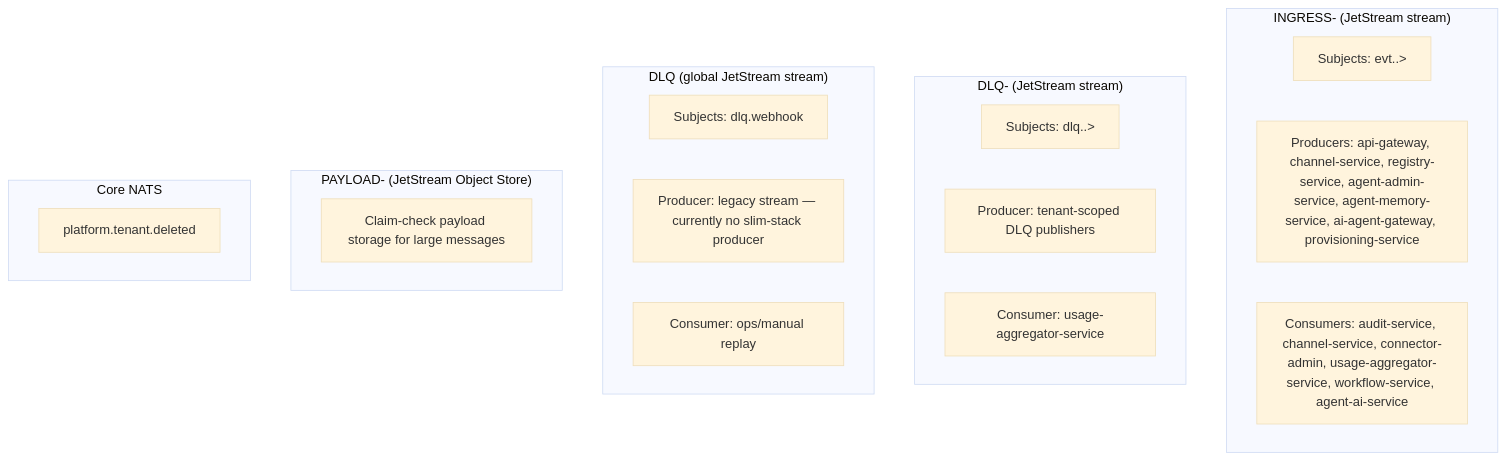
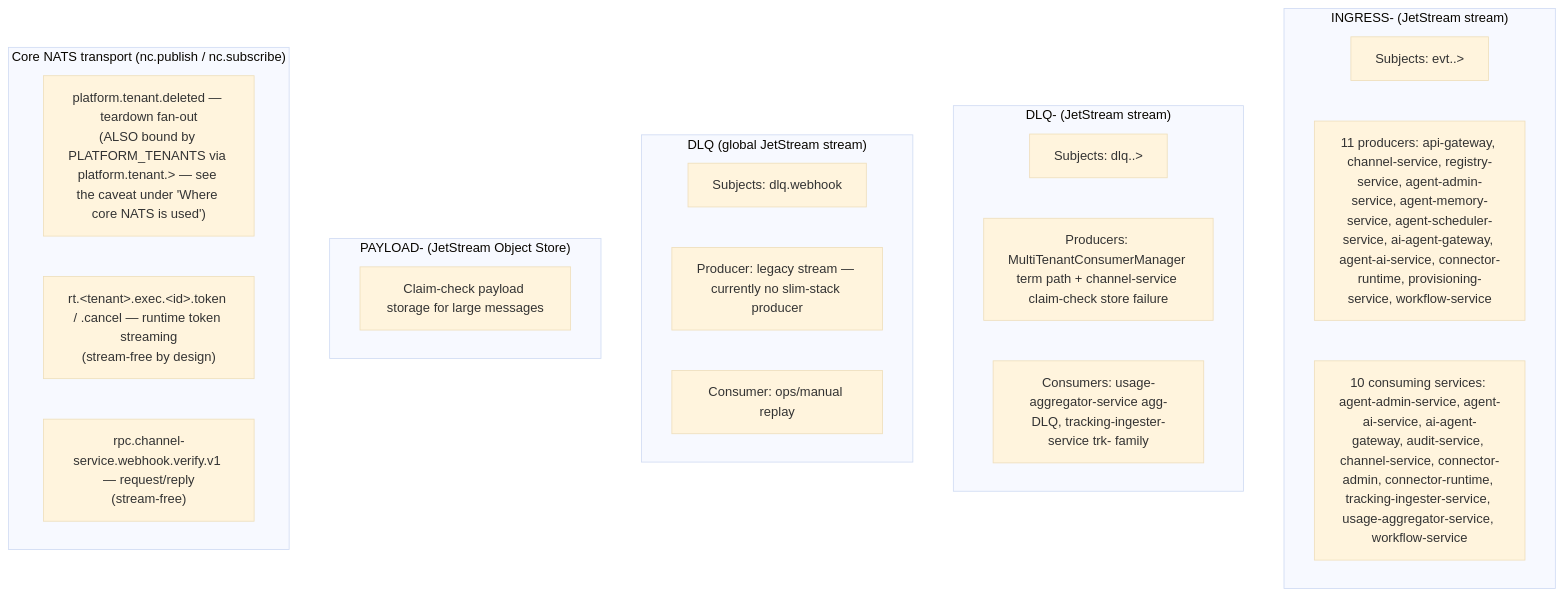
One commit to ccarnero/colloqui changed the diagram in DOCS/messaging/service-bus.md. Above: the diagram before and after it, drawn with Mermaid (base theme). The commit also changed other lines of this file and 12 other files, not shown here.

First line of the commit message:
docs(audit): T02 messaging+architecture vs code — 11 fixed, 2 true

````diff
--- a/DOCS/messaging/service-bus.md
+++ b/DOCS/messaging/service-bus.md
@@ -82,28 +114,30 @@
 ```mermaid
 flowchart TD
     subgraph ingress["INGRESS-<tenant> (JetStream stream)"]
         in_subj[Subjects: evt.<tenant>.>]
-        in_prod[Producers: api-gateway, channel-service, registry-service, agent-admin-service, agent-memory-service, ai-agent-gateway, provisioning-service]
-        in_cons[Consumers: audit-service, channel-service, connector-admin, usage-aggregator-service, workflow-service, agent-ai-service]
+        in_prod[11 producers: api-gateway, channel-service, registry-service, agent-admin-service, agent-memory-service, agent-scheduler-service, ai-agent-gateway, agent-ai-service, connector-runtime, provisioning-service, workflow-service]
+        in_cons[10 consuming services: agent-admin-service, agent-ai-service, ai-agent-gateway, audit-service, channel-service, connector-admin, connector-runtime, tracking-ingester-service, usage-aggregator-service, workflow-service]
     end
 
     subgraph dlqt["DLQ-<tenant> (JetStream stream)"]
         dlqt_subj[Subjects: dlq.<tenant>.>]
-        dlqt_prod[Producer: tenant-scoped DLQ publishers]
-        dlqt_cons[Consumer: usage-aggregator-service]
+        dlqt_prod[Producers: MultiTenantConsumerManager term path + channel-service claim-check store failure]
+        dlqt_cons[Consumers: usage-aggregator-service agg-DLQ, tracking-ingester-service trk- family]
     end
 
     subgraph dlqg["DLQ (global JetStream stream)"]
         dlqg_subj[Subjects: dlq.webhook]
         dlqg_prod[Producer: legacy stream — currently no slim-stack producer]
         dlqg_cons[Consumer: ops/manual replay]
     end
 
     subgraph payload["PAYLOAD-<tenant> (JetStream Object Store)"]
         payload_role[Claim-check payload storage for large messages]
     end
 
-    subgraph core["Core NATS"]
-        core_subj[platform.tenant.deleted]
+    subgraph core["Core NATS transport (nc.publish / nc.subscribe)"]
+        core_tenant["platform.tenant.deleted — teardown fan-out<br/>(ALSO bound by PLATFORM_TENANTS via platform.tenant.&gt; — see the caveat under 'Where core NATS is used')"]
+        core_rt["rt.&lt;tenant&gt;.exec.&lt;id&gt;.token / .cancel — runtime token streaming<br/>(stream-free by design)"]
+        core_rpc["rpc.channel-service.webhook.verify.v1 — request/reply<br/>(stream-free)"]
     end
 ```
````
